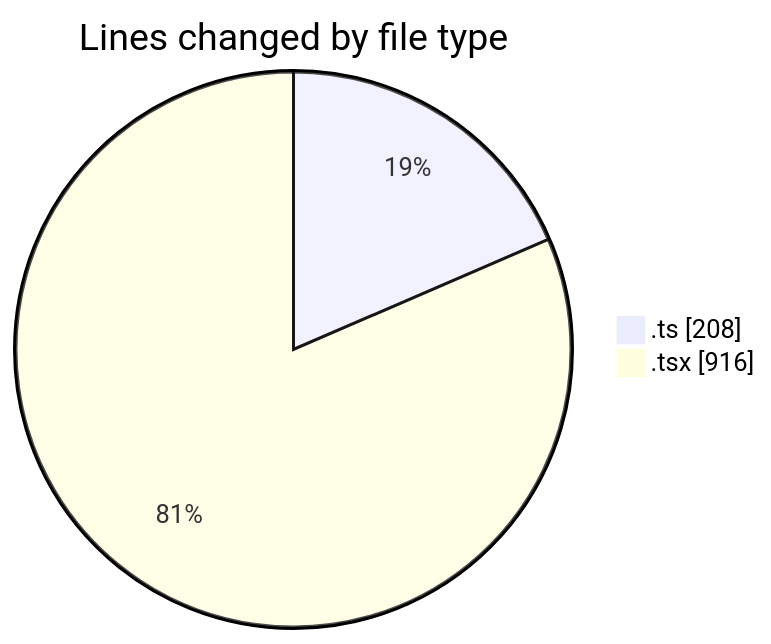
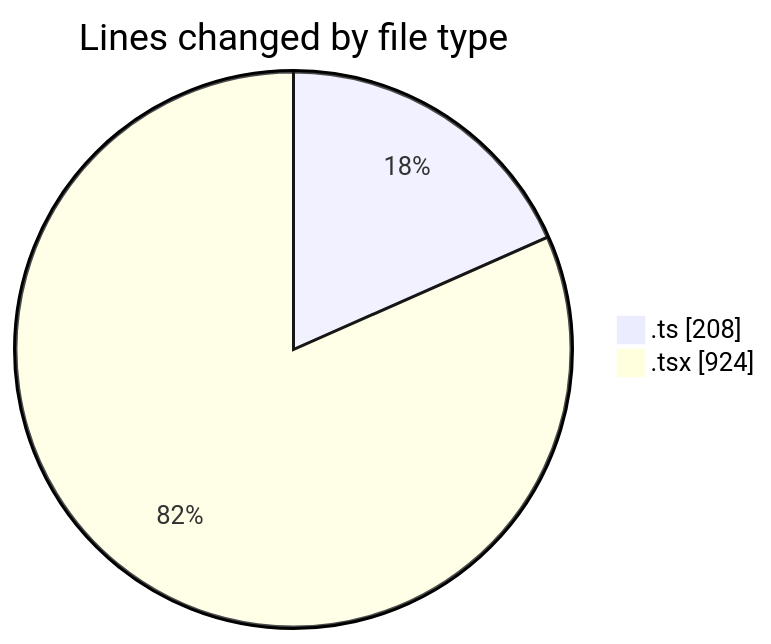
One commit to robertbonfada/code-tracking changed the first of 2 diagrams in 2025-01-27/termonied-web/README.md. Above: the diagram before and after it, drawn with Mermaid. The commit also changed other lines of this file and 1 other file, not shown here.

````diff
--- a/2025-01-27/termonied-web/README.md
+++ b/2025-01-27/termonied-web/README.md
@@ -25,6 +25,6 @@
 ```mermaid
 pie showData
 title Lines changed by file type
 ".ts" : 208
-".tsx" : 916
+".tsx" : 924
 ```
````
